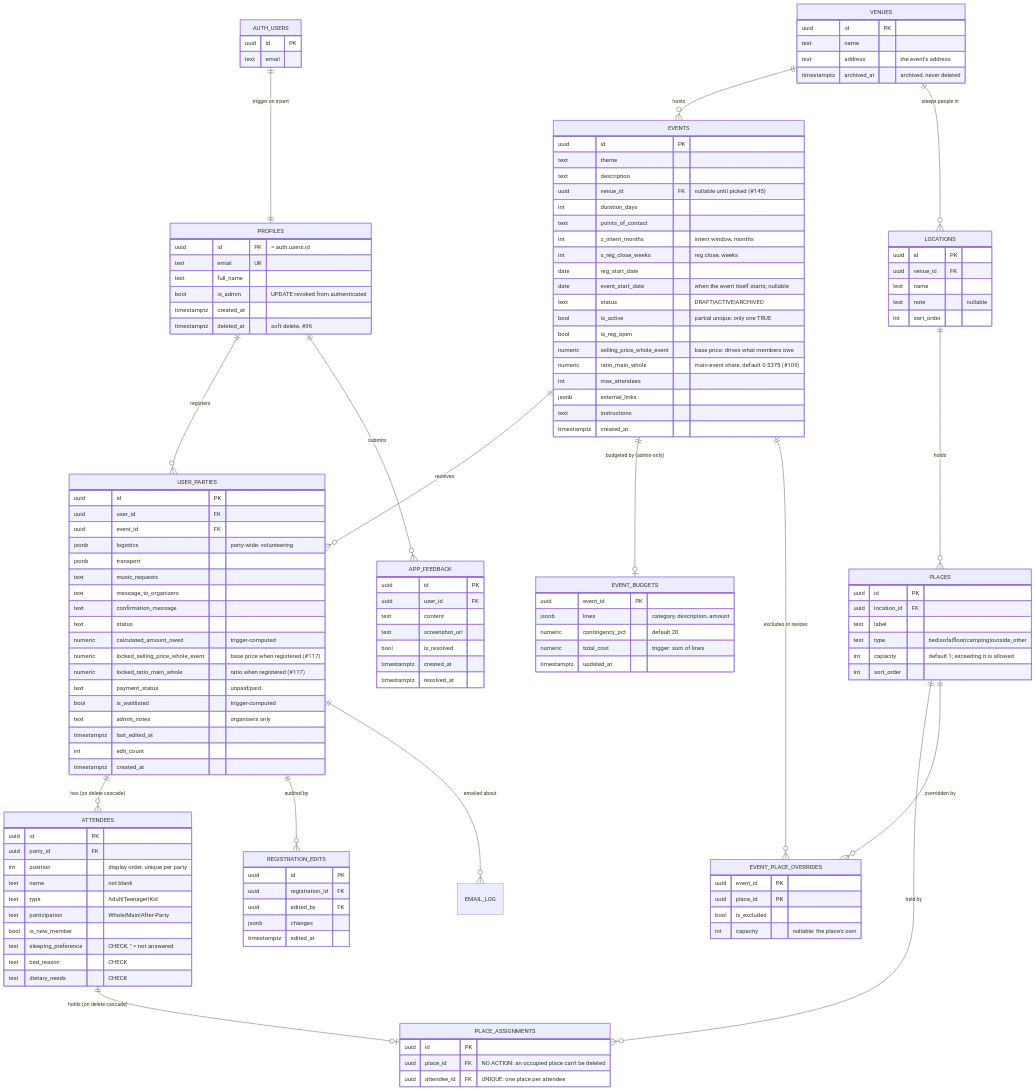
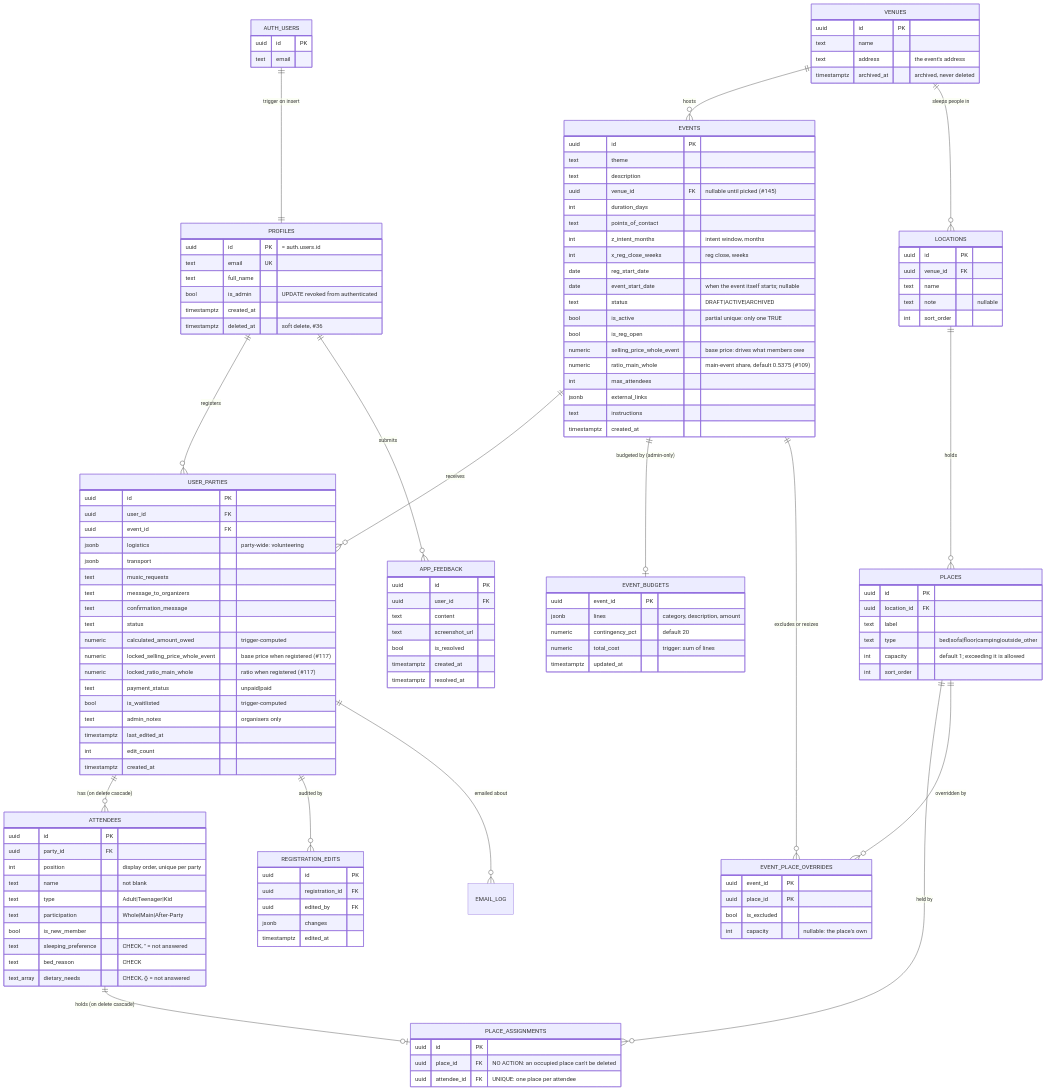
One commit to YULmix/yulmix-la-bedaine changed the first of 2 diagrams in docs/03-data-model.md. Above: the diagram before and after it, drawn with Mermaid. The commit also changed other lines of this file and 12 other files, not shown here.

First line of the commit message:
feat(registration): several dietary needs per attendee, and « Sans produits laitiers » (#152, #153) (#163)

```diff
--- a/docs/03-data-model.md
+++ b/docs/03-data-model.md
@@ -95,7 +95,7 @@
     bool is_new_member
     text sleeping_preference "CHECK, '' = not answered"
     text bed_reason "CHECK"
-    text dietary_needs "CHECK"
+    text_array dietary_needs "CHECK, {} = not answered"
   }
   VENUES {
     uuid id PK
```
